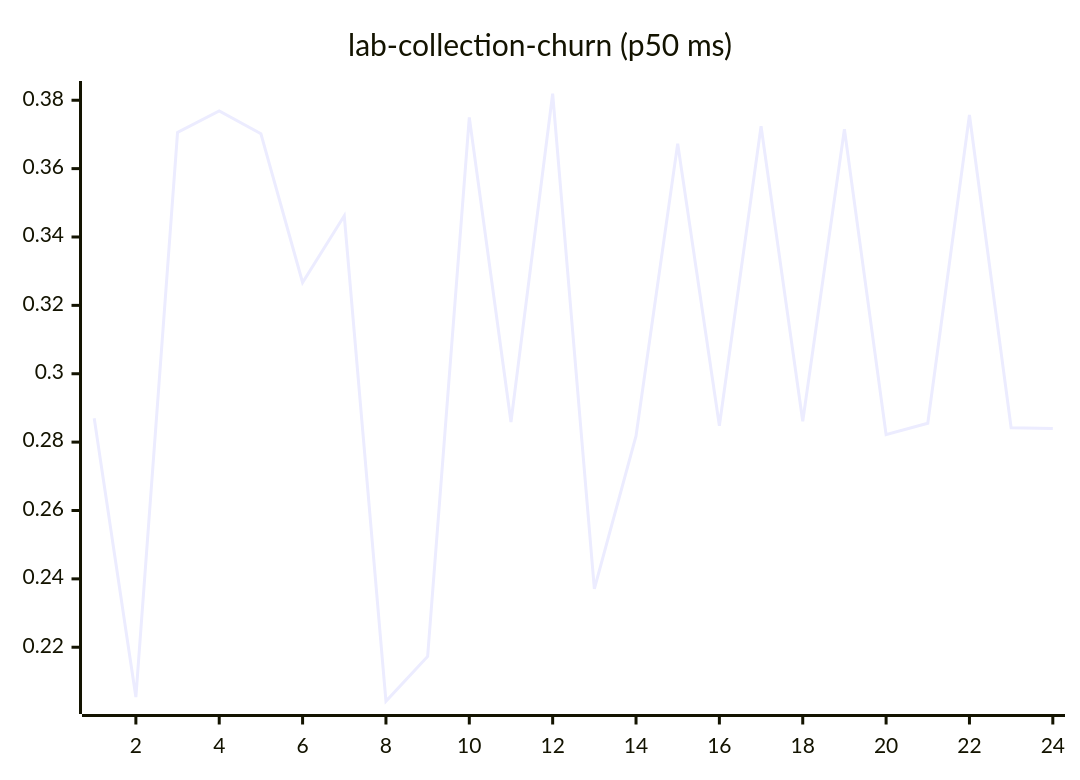
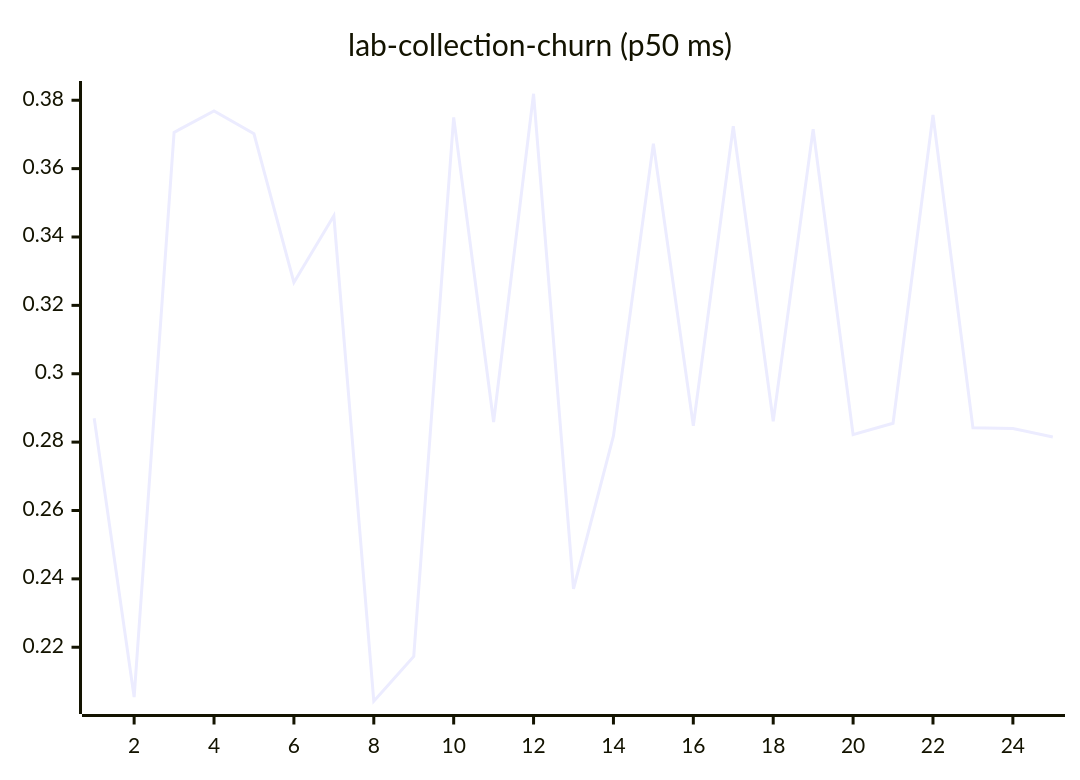
Before and after one commit to josha/Facet: diagram 11 of 27 in README.md, drawn with Mermaid. The commit also changed other lines of this file and 2 other files, not shown here.

````diff
--- a/README.md
+++ b/README.md
@@ -133,6 +133,6 @@
 ```mermaid
 xychart-beta
     title "lab-collection-churn (p50 ms)"
-    x-axis 1 --> 24
-    line [0.2870, 0.2054, 0.3706, 0.3769, 0.3702, 0.3267, 0.3462, 0.2042, 0.2173, 0.3750, 0.2859, 0.3819, 0.2371, 0.2818, 0.3673, 0.2848, 0.3724, 0.2861, 0.3715, 0.2822, 0.2855, 0.3757, 0.2842, 0.2840]
+    x-axis 1 --> 25
+    line [0.2870, 0.2054, 0.3706, 0.3769, 0.3702, 0.3267, 0.3462, 0.2042, 0.2173, 0.3750, 0.2859, 0.3819, 0.2371, 0.2818, 0.3673, 0.2848, 0.3724, 0.2861, 0.3715, 0.2822, 0.2855, 0.3757, 0.2842, 0.2840, 0.2815]
 ```
````
